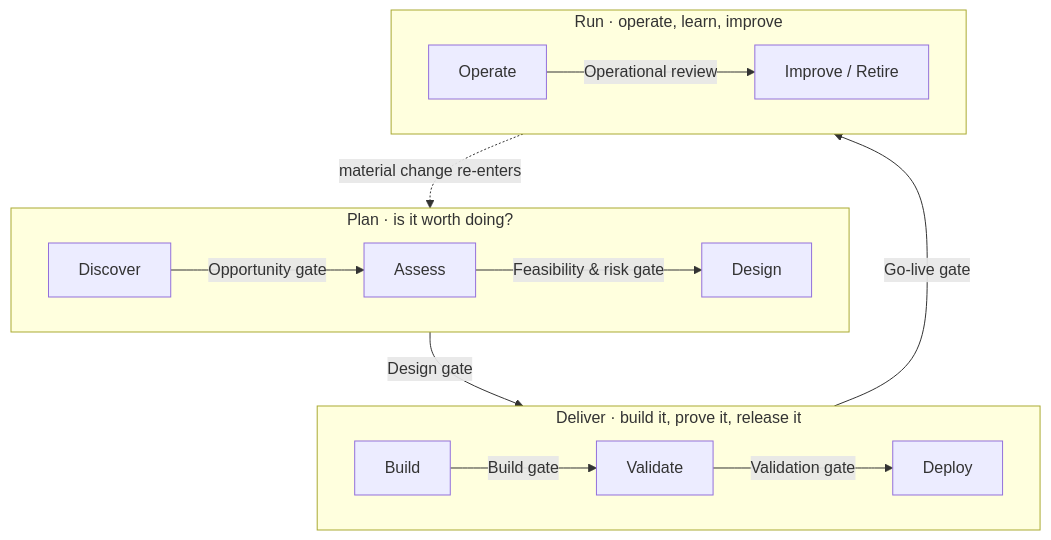
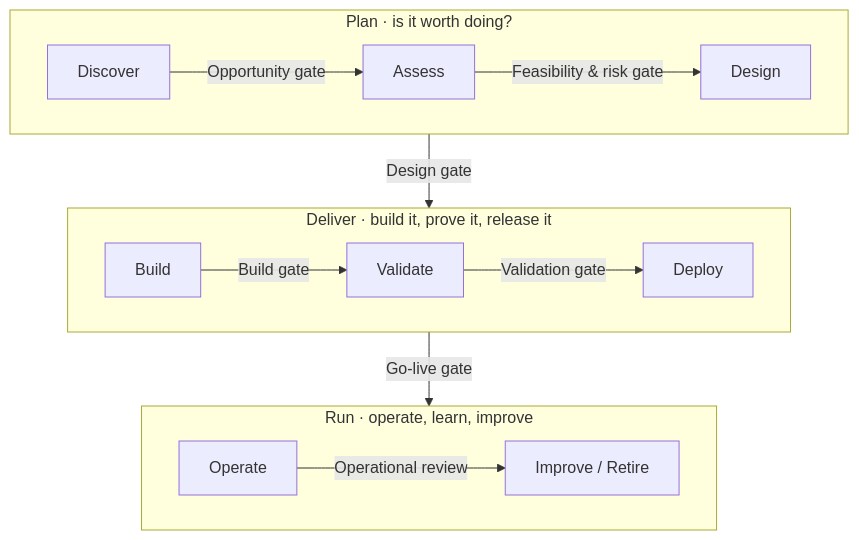
Before and after one commit to lautbzehn/ai-solution-navigator: the first of 2 diagrams in README.md, drawn with Mermaid. The commit also changed other lines of this file, not shown here.

````diff
--- a/README.md
+++ b/README.md
@@ -59,18 +59,17 @@
 ```mermaid
 flowchart TB
   subgraph Plan["Plan · is it worth doing?"]
     direction LR
     D[Discover] -->|Opportunity gate| A[Assess] -->|Feasibility & risk gate| S[Design]
   end
   subgraph Deliver["Deliver · build it, prove it, release it"]
     direction LR
     B[Build] -->|Build gate| V[Validate] -->|Validation gate| P[Deploy]
   end
   subgraph Run["Run · operate, learn, improve"]
     direction LR
     O[Operate] -->|Operational review| I[Improve / Retire]
   end
   Plan -->|Design gate| Deliver
   Deliver -->|Go-live gate| Run
-  Run -. material change re-enters .-> Plan
 ```
````
